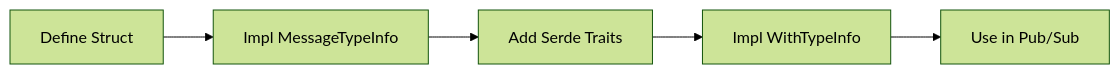
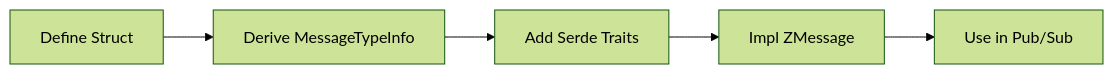
One commit to ZettaScaleLabs/ros-z changed the second of 3 diagrams in book/src/chapters/custom_messages.md. Above: the diagram before and after it, drawn with Mermaid (forest theme). The commit also changed other lines of this file and 6 other files, not shown here.

Commit message:
feat(dynamic): add derive macro for message schema

````diff
--- a/book/src/chapters/custom_messages.md
+++ b/book/src/chapters/custom_messages.md
@@ -32,7 +32,7 @@
 ```mermaid
 graph LR
-    A[Define Struct] --> B[Impl MessageTypeInfo]
+    A[Define Struct] --> B[Derive MessageTypeInfo]
     B --> C[Add Serde Traits]
-    C --> D[Impl WithTypeInfo]
+    C --> D[Impl ZMessage]
     D --> E[Use in Pub/Sub]
 ```
````
